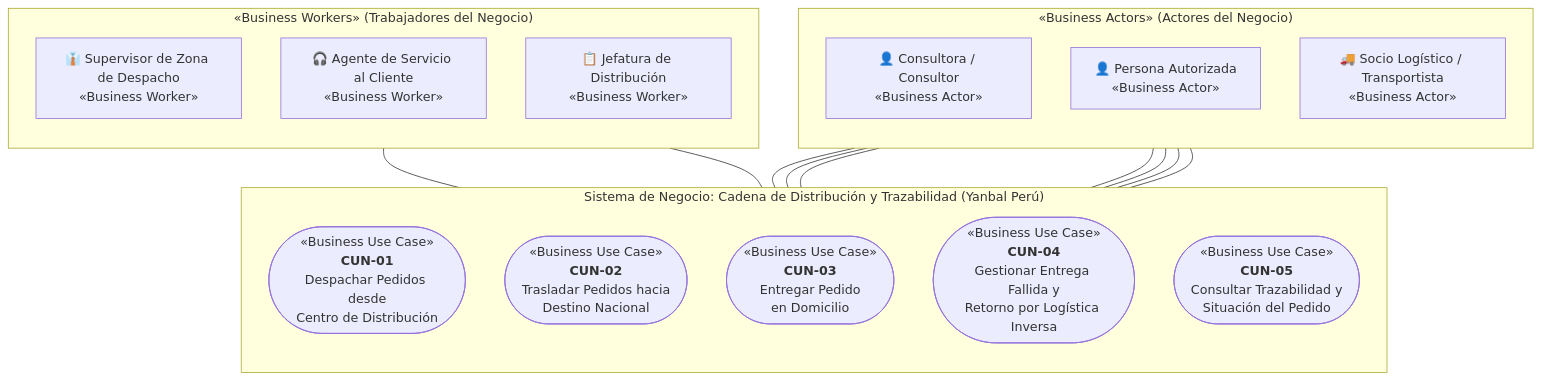
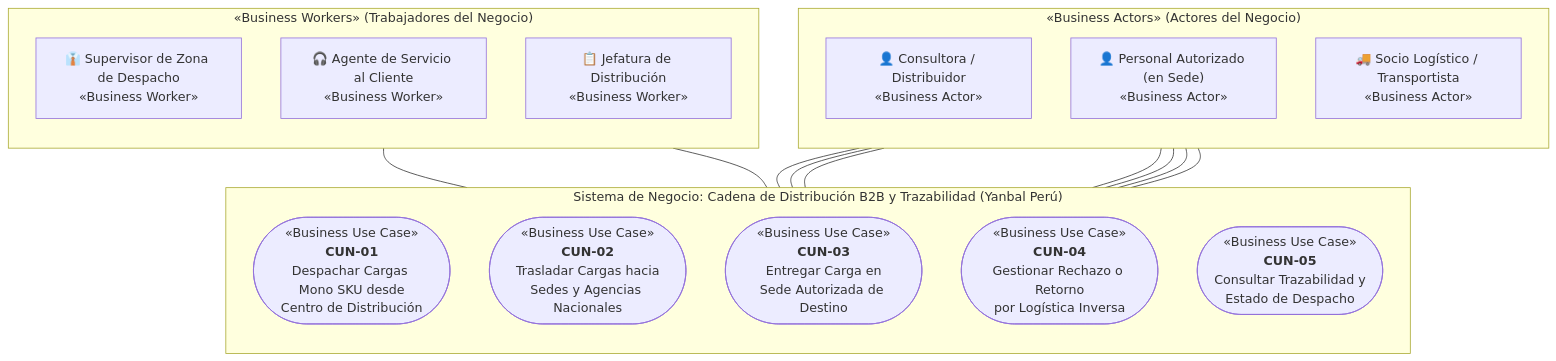
Before and after one commit to SaraviaH/arq-emp: the third of 4 diagrams in arq-emp AS-IS/Diagrama de Casos de Uso del Negocio (CUN)/01 - Diagrama General de Casos de Uso del Negocio (CUN).md, drawn with Mermaid. The commit also changed other lines of this file and 36 other files, not shown here.

````diff
--- a/arq-emp AS-IS/Diagrama de Casos de Uso del Negocio (CUN)/01 - Diagrama General de Casos de Uso del Negocio (CUN).md
+++ b/arq-emp AS-IS/Diagrama de Casos de Uso del Negocio (CUN)/01 - Diagrama General de Casos de Uso del Negocio (CUN).md
@@ -118,48 +118,48 @@
 ```mermaid
 flowchart TD
     %% Actores del Negocio (Externos)
     subgraph ACTORES_EXTERNOS ["«Business Actors» (Actores del Negocio)"]
         direction TB
-        CONS["👤 Consultora / Consultor<br/>«Business Actor»"]
-        FAM["👤 Persona Autorizada<br/>«Business Actor»"]
+        CONS["👤 Consultora / Distribuidor<br/>«Business Actor»"]
+        FAM["👤 Personal Autorizado (en Sede)<br/>«Business Actor»"]
         SOCIO["🚚 Socio Logístico / Transportista<br/>«Business Actor»"]
     end
 
     %% Trabajadores del Negocio (Internos)
     subgraph TRABAJADORES_INTERNOS ["«Business Workers» (Trabajadores del Negocio)"]
         direction TB
         SUP["👔 Supervisor de Zona de Despacho<br/>«Business Worker»"]
         AG["🎧 Agente de Servicio al Cliente<br/>«Business Worker»"]
         JEF["📋 Jefatura de Distribución<br/>«Business Worker»"]
     end
 
     %% Frontera de Casos de Uso del Negocio
-    subgraph FRONTERA_NEGOCIO ["Sistema de Negocio: Cadena de Distribución y Trazabilidad (Yanbal Perú)"]
+    subgraph FRONTERA_NEGOCIO ["Sistema de Negocio: Cadena de Distribución B2B y Trazabilidad (Yanbal Perú)"]
         direction TB
 
-        CUN01(["«Business Use Case»<br/><b>CUN-01</b><br/>Despachar Pedidos desde<br/>Centro de Distribución"])
-        CUN02(["«Business Use Case»<br/><b>CUN-02</b><br/>Trasladar Pedidos hacia<br/>Destino Nacional"])
-        CUN03(["«Business Use Case»<br/><b>CUN-03</b><br/>Entregar Pedido<br/>en Domicilio"])
-        CUN04(["«Business Use Case»<br/><b>CUN-04</b><br/>Gestionar Entrega Fallida y<br/>Retorno por Logística Inversa"])
-        CUN05(["«Business Use Case»<br/><b>CUN-05</b><br/>Consultar Trazabilidad y<br/>Situación del Pedido"])
+        CUN01(["«Business Use Case»<br/><b>CUN-01</b><br/>Despachar Cargas Mono SKU desde<br/>Centro de Distribución"])
+        CUN02(["«Business Use Case»<br/><b>CUN-02</b><br/>Trasladar Cargas hacia<br/>Sedes y Agencias Nacionales"])
+        CUN03(["«Business Use Case»<br/><b>CUN-03</b><br/>Entregar Carga en<br/>Sede Autorizada de Destino"])
+        CUN04(["«Business Use Case»<br/><b>CUN-04</b><br/>Gestionar Rechazo o Retorno<br/>por Logística Inversa"])
+        CUN05(["«Business Use Case»<br/><b>CUN-05</b><br/>Consultar Trazabilidad y<br/>Estado de Despacho"])
     end
 
     %% Asociaciones CUN-01
     SUP --- CUN01
     SOCIO --- CUN01
 
     %% Asociaciones CUN-02
     SOCIO --- CUN02
 
     %% Asociaciones CUN-03 (Camino Principal de Entrega)
     SOCIO --- CUN03
     CONS --- CUN03
     FAM --- CUN03
 
     %% Asociaciones CUN-04 (Camino Alternativo de Contingencia)
     SOCIO --- CUN04
 
     %% Asociaciones CUN-05 (Consulta de Seguimiento)
     CONS --- CUN05
     AG --- CUN05
 ```
````
